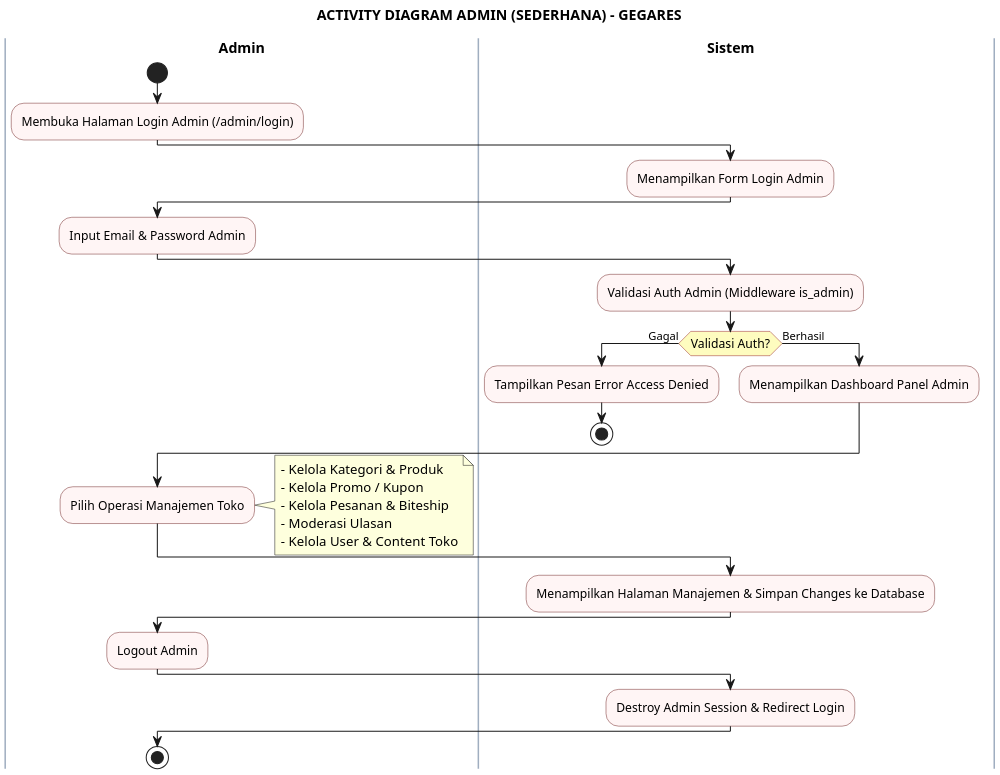
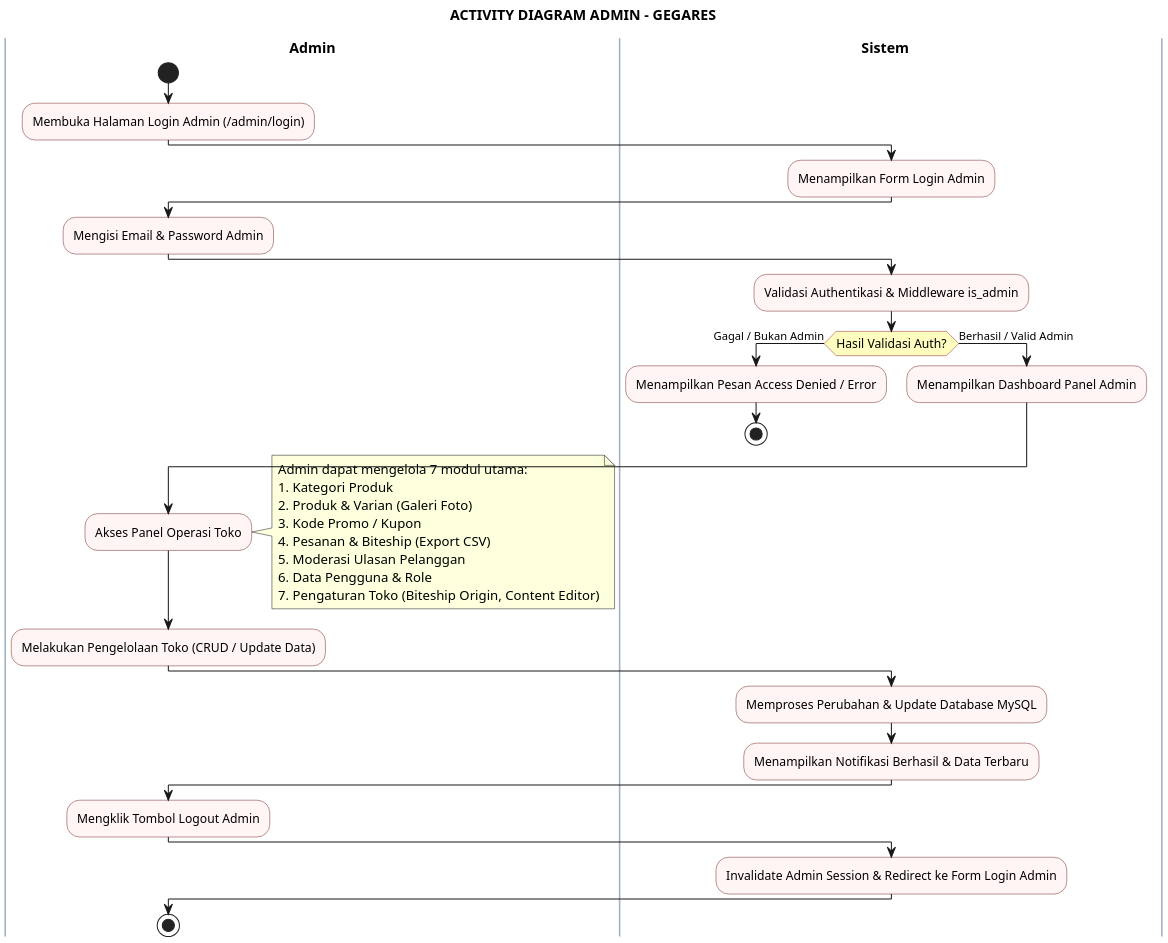
One commit to greedykid/gegares_toko changed the diagram in activity_diagram_admin.puml. Above: the diagram before and after it, drawn with PlantUML. The commit also changed 11 other files, not shown here.

Commit message:
docs(diagram): update activity diagrams to balanced standard UML with complete business features

```diff
--- a/activity_diagram_admin.puml
+++ b/activity_diagram_admin.puml
@@ -1,56 +1,63 @@
 @startuml
 skinparam dpi 180
 skinparam defaultFontName "SansSerif"
 skinparam ActivityFontSize 12
 skinparam ActivityBorderColor #742A2A
 skinparam ActivityBackgroundColor #FFF5F5
 skinparam ActivityDiamondBorderColor #9B2C2C
 skinparam ActivityDiamondBackgroundColor #FEFCBF
 skinparam SwimlaneTitleFontSize 14
 skinparam SwimlaneTitleFontStyle bold
 skinparam SwimlaneBorderColor #A0AEC0
-skinparam SwimlaneWidth 260
+skinparam SwimlaneWidth 300
 
-title **ACTIVITY DIAGRAM ADMIN (SEDERHANA) - GEGARES**
+title **ACTIVITY DIAGRAM ADMIN - GEGARES**
 
 |Admin|
 start
 :Membuka Halaman Login Admin (/admin/login);
 
 |Sistem|
 :Menampilkan Form Login Admin;
 
 |Admin|
-:Input Email & Password Admin;
+:Mengisi Email & Password Admin;
 
 |Sistem|
-:Validasi Auth Admin (Middleware is_admin);
-if (Validasi Auth?) then (Gagal)
-  :Tampilkan Pesan Error Access Denied;
+:Validasi Authentikasi & Middleware is_admin;
+if (Hasil Validasi Auth?) then (Gagal / Bukan Admin)
+  :Menampilkan Pesan Access Denied / Error;
   stop
-else (Berhasil)
+else (Berhasil / Valid Admin)
   :Menampilkan Dashboard Panel Admin;
 endif
 
 |Admin|
-:Pilih Operasi Manajemen Toko;
+:Akses Panel Operasi Toko;
 note right
-  - Kelola Kategori & Produk
-  - Kelola Promo / Kupon
-  - Kelola Pesanan & Biteship
-  - Moderasi Ulasan
-  - Kelola User & Content Toko
+  Admin dapat mengelola 7 modul utama:
+  1. Kategori Produk
+  2. Produk & Varian (Galeri Foto)
+  3. Kode Promo / Kupon
+  4. Pesanan & Biteship (Export CSV)
+  5. Moderasi Ulasan Pelanggan
+  6. Data Pengguna & Role
+  7. Pengaturan Toko (Biteship Origin, Content Editor)
 end note
 
+|Admin|
+:Melakukan Pengelolaan Toko (CRUD / Update Data);
+
 |Sistem|
-:Menampilkan Halaman Manajemen & Simpan Changes ke Database;
+:Memproses Perubahan & Update Database MySQL;
+:Menampilkan Notifikasi Berhasil & Data Terbaru;
 
 |Admin|
-:Logout Admin;
+:Mengklik Tombol Logout Admin;
 
 |Sistem|
-:Destroy Admin Session & Redirect Login;
+:Invalidate Admin Session & Redirect ke Form Login Admin;
 
 |Admin|
 stop
 @enduml
```
